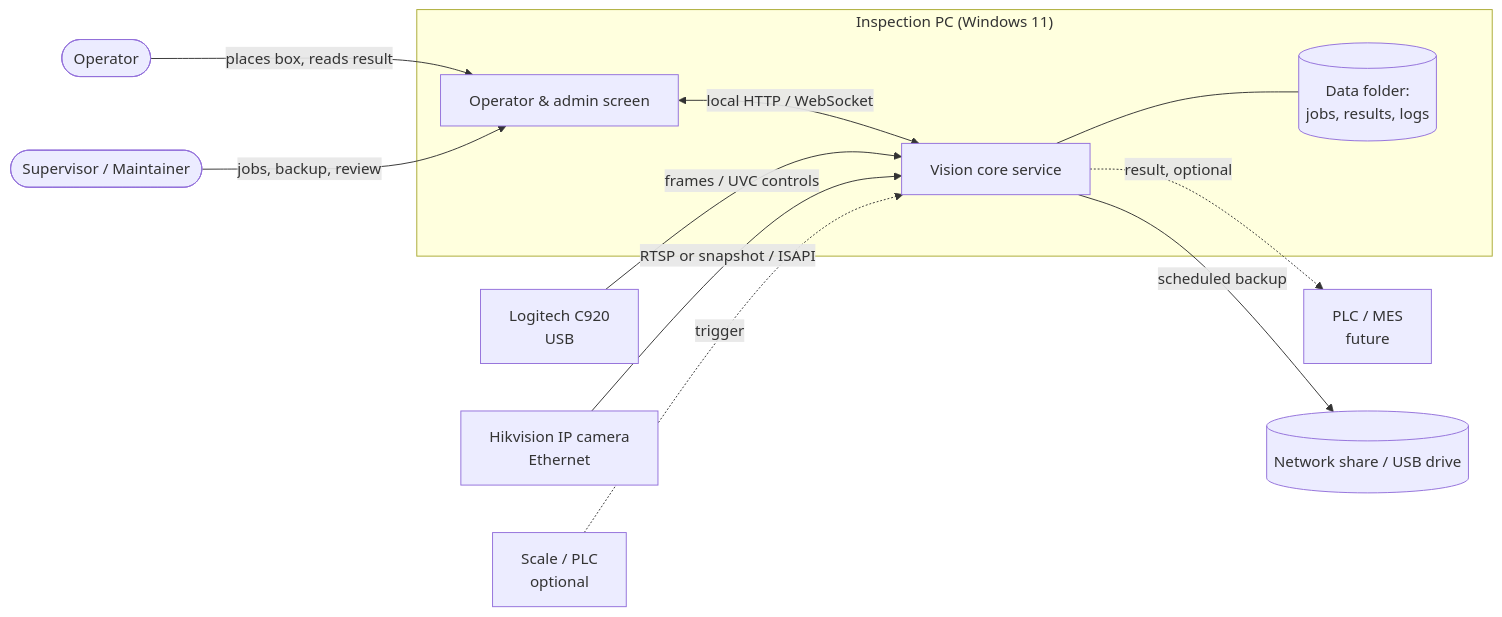
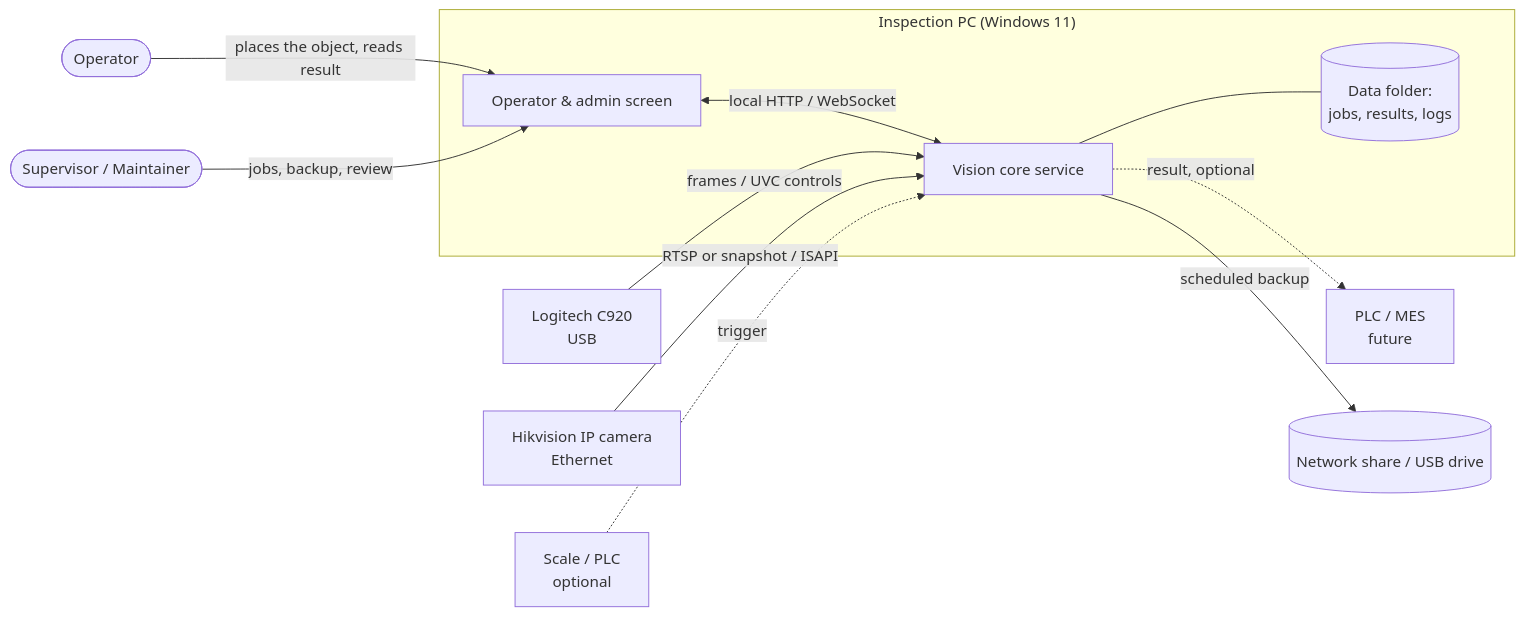
One commit to LucasSiedschlag/vision-station changed the first of 5 diagrams in docs/architecture.md. Above: the diagram before and after it, drawn with Mermaid. The commit also changed other lines of this file and 8 other files, not shown here.

````diff
--- a/docs/architecture.md
+++ b/docs/architecture.md
@@ -39,16 +41,16 @@
 ```mermaid
 flowchart LR
-    OP([Operator]) -->|places box, reads result| UI
+    OP([Operator]) -->|places the object, reads result| UI
     SUP([Supervisor / Maintainer]) -->|jobs, backup, review| UI
     subgraph PC["Inspection PC (Windows 11)"]
         UI[Operator & admin screen]
         CORE[Vision core service]
         UI <-->|local HTTP / WebSocket| CORE
         CORE --- DATA[(Data folder:<br/>jobs, results, logs)]
     end
     CAM1[Logitech C920<br/>USB] -->|frames / UVC controls| CORE
     CAM2[Hikvision IP camera<br/>Ethernet] -->|RTSP or snapshot / ISAPI| CORE
     SCALE[Scale / PLC<br/>optional] -.->|trigger| CORE
     CORE -.->|result, optional| EXT[PLC / MES<br/>future]
     CORE -->|scheduled backup| BK[(Network share / USB drive)]
 ```
````
